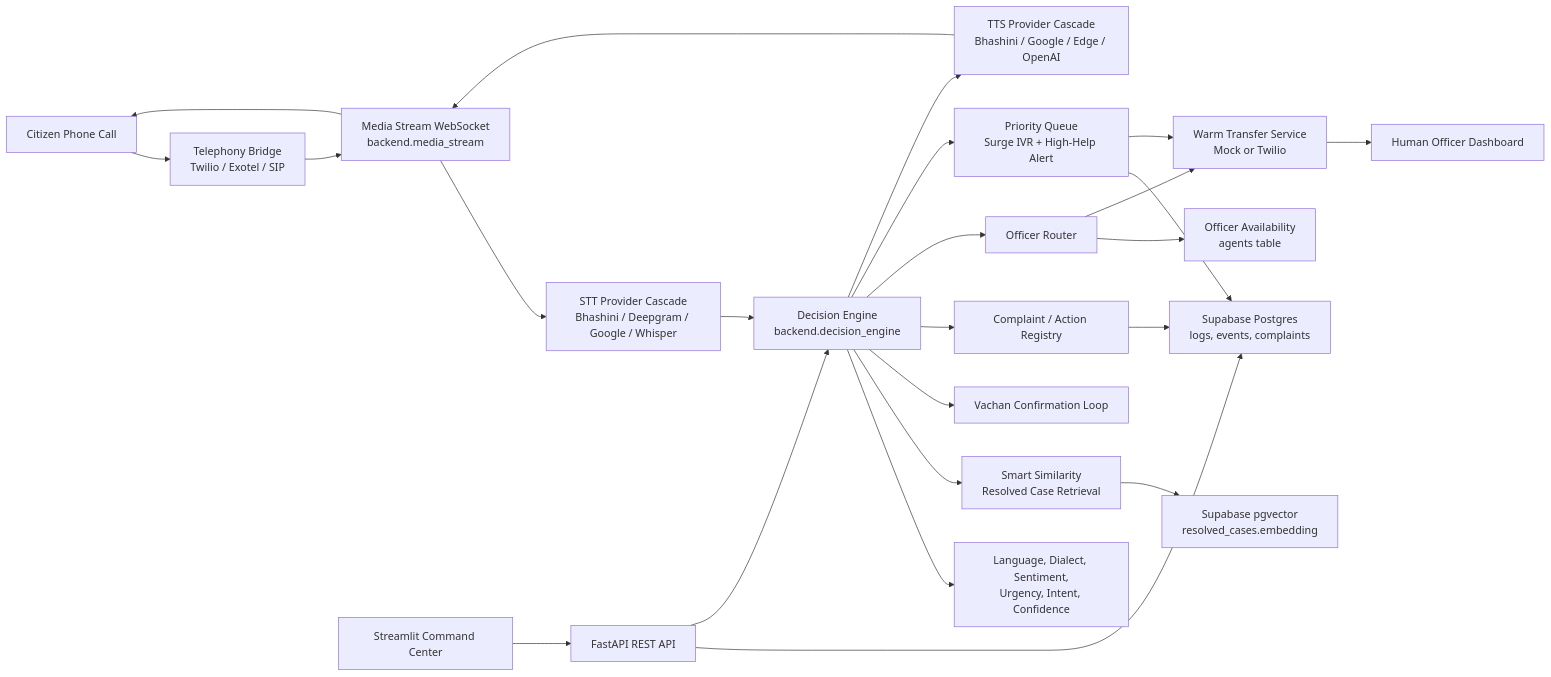
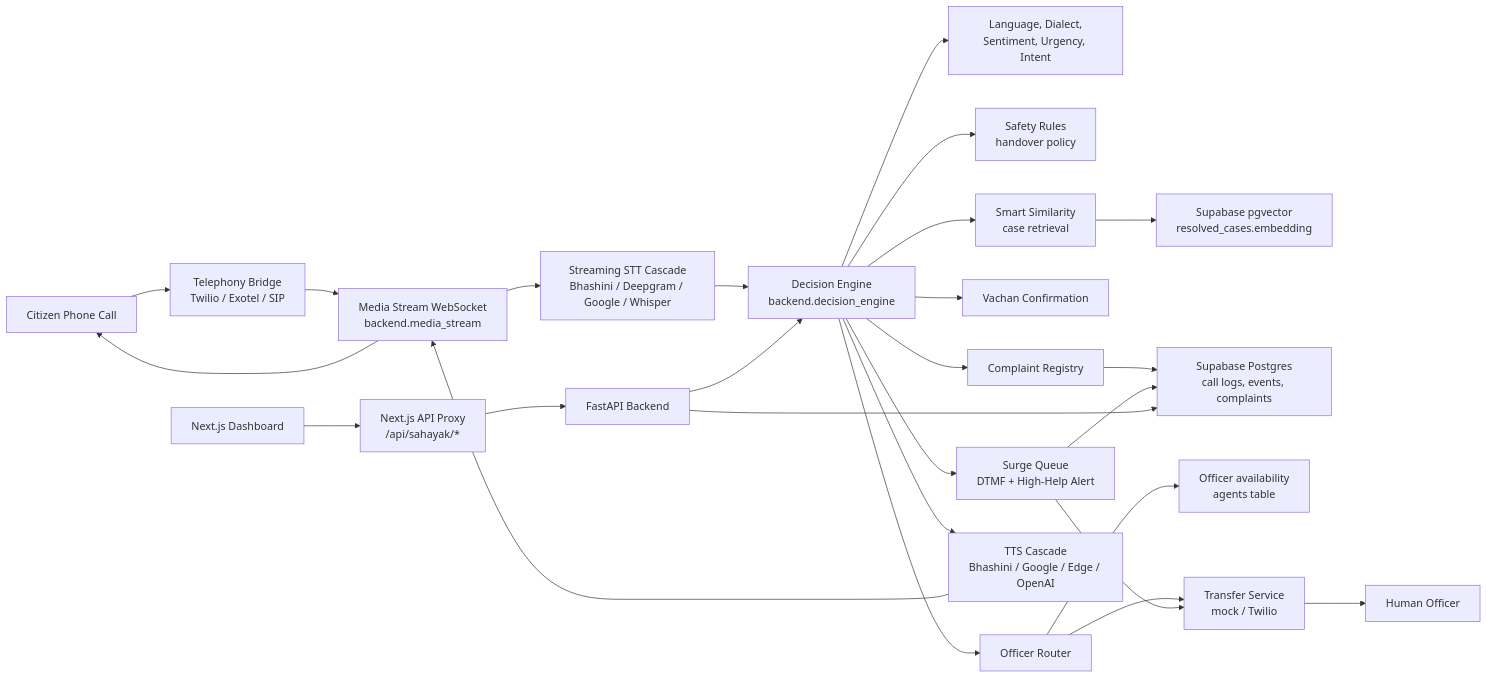
The second of 5 diagrams in README.md (riyaz-02/Sahayak-1092), drawn with Mermaid before and after one commit. The commit also changed other lines of this file and 22 other files, not shown here.

First line of the commit message:
feat(dashboard): initialize dashboard with Next.js setup and TypeScript configuration

````diff
--- a/README.md
+++ b/README.md
@@ -71,32 +95,34 @@
 ```mermaid
 flowchart LR
-    Citizen["Citizen Phone Call"] --> Telephony["Telephony Bridge<br/>Twilio / Exotel / SIP"]
-    Telephony --> Media["Media Stream WebSocket<br/>backend.media_stream"]
+    Citizen["Citizen Phone Call"] --> Bridge["Telephony Bridge<br/>Twilio / Exotel / SIP"]
+    Bridge --> Media["Media Stream WebSocket<br/>backend.media_stream"]
 
-    Media --> STT["STT Provider Cascade<br/>Bhashini / Deepgram / Google / Whisper"]
+    Media --> STT["Streaming STT Cascade<br/>Bhashini / Deepgram / Google / Whisper"]
     STT --> Engine["Decision Engine<br/>backend.decision_engine"]
 
-    Engine --> Analyzer["Language, Dialect, Sentiment,<br/>Urgency, Intent, Confidence"]
-    Engine --> Similarity["Smart Similarity<br/>Resolved Case Retrieval"]
-    Engine --> Vachan["Vachan Confirmation Loop"]
-    Engine --> Registry["Complaint / Action Registry"]
-    Engine --> Routing["Officer Router"]
-    Engine --> Queue["Priority Queue<br/>Surge IVR + High-Help Alert"]
+    Engine --> Analyzer["Language, Dialect,<br/>Sentiment, Urgency, Intent"]
+    Engine --> Rules["Safety Rules<br/>handover policy"]
+    Engine --> Similarity["Smart Similarity<br/>case retrieval"]
+    Engine --> Vachan["Vachan Confirmation"]
+    Engine --> Registry["Complaint Registry"]
+    Engine --> Router["Officer Router"]
+    Engine --> Queue["Surge Queue<br/>DTMF + High-Help Alert"]
 
     Similarity --> VectorDB["Supabase pgvector<br/>resolved_cases.embedding"]
-    Registry --> Supabase["Supabase Postgres<br/>logs, events, complaints"]
+    Registry --> Supabase["Supabase Postgres<br/>call logs, events, complaints"]
     Queue --> Supabase
-    Routing --> Agents["Officer Availability<br/>agents table"]
+    Router --> Agents["Officer availability<br/>agents table"]
 
-    Routing --> Transfer["Warm Transfer Service<br/>Mock or Twilio"]
+    Router --> Transfer["Transfer Service<br/>mock / Twilio"]
     Queue --> Transfer
-    Transfer --> Officer["Human Officer Dashboard"]
+    Transfer --> Officer["Human Officer"]
 
-    Engine --> TTS["TTS Provider Cascade<br/>Bhashini / Google / Edge / OpenAI"]
+    Engine --> TTS["TTS Cascade<br/>Bhashini / Google / Edge / OpenAI"]
     TTS --> Media
     Media --> Citizen
 
-    Dashboard["Streamlit Command Center"] --> API["FastAPI REST API"]
+    Dashboard["Next.js Dashboard"] --> Proxy["Next.js API Proxy<br/>/api/sahayak/*"]
+    Proxy --> API["FastAPI Backend"]
     API --> Supabase
     API --> Engine
 ```
````
